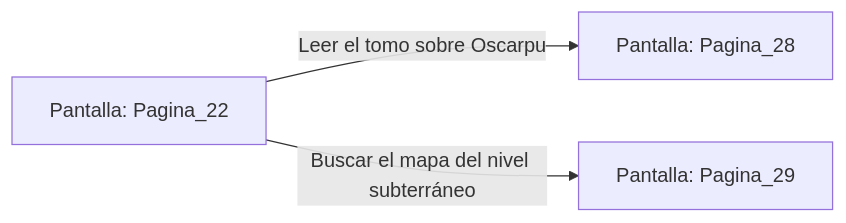
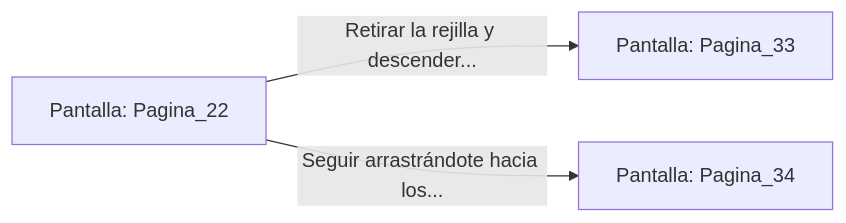
The diagram in sample/eligejuego-vault/Pantalla_Pagina_22.md (metsuke/mpl), drawn with Mermaid before and after one commit. The commit also changed other lines of this file and 635 other files, not shown here.

First line of the commit message:
fix: añadir Pagina_1 como pantalla inicial en capitulo_01.mpl

````diff
--- a/sample/eligejuego-vault/Pantalla_Pagina_22.md
+++ b/sample/eligejuego-vault/Pantalla_Pagina_22.md
@@ -17,6 +22,6 @@
 ```mermaid
 graph LR
     P_Pagina_22["Pantalla: Pagina_22"]
-    P_Pagina_22 -->|"Leer el tomo sobre Oscarpu"| P_Pagina_28["Pantalla: Pagina_28"]
-    P_Pagina_22 -->|"Buscar el mapa del nivel subterráneo"| P_Pagina_29["Pantalla: Pagina_29"]
+    P_Pagina_22 -->|"Retirar la rejilla y descender..."| P_Pagina_33["Pantalla: Pagina_33"]
+    P_Pagina_22 -->|"Seguir arrastrándote hacia los..."| P_Pagina_34["Pantalla: Pagina_34"]
 ```
````
